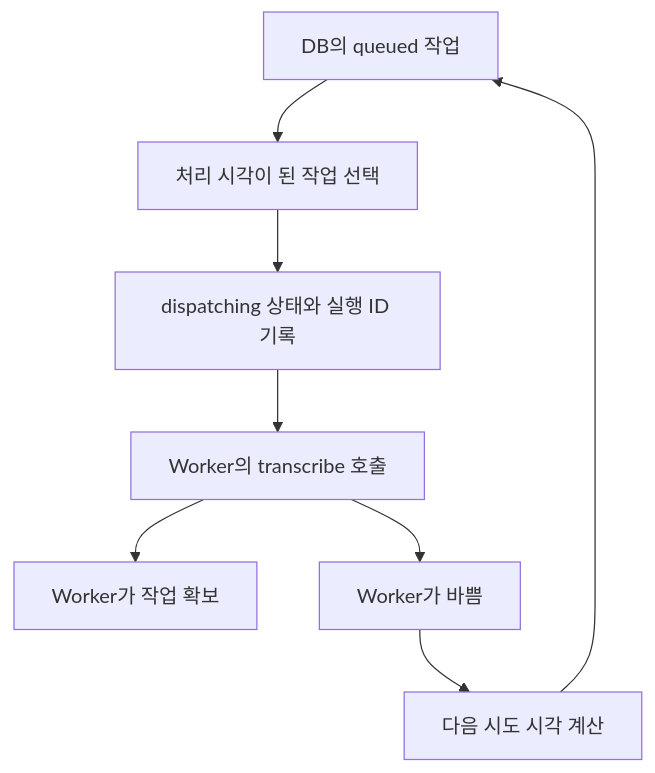
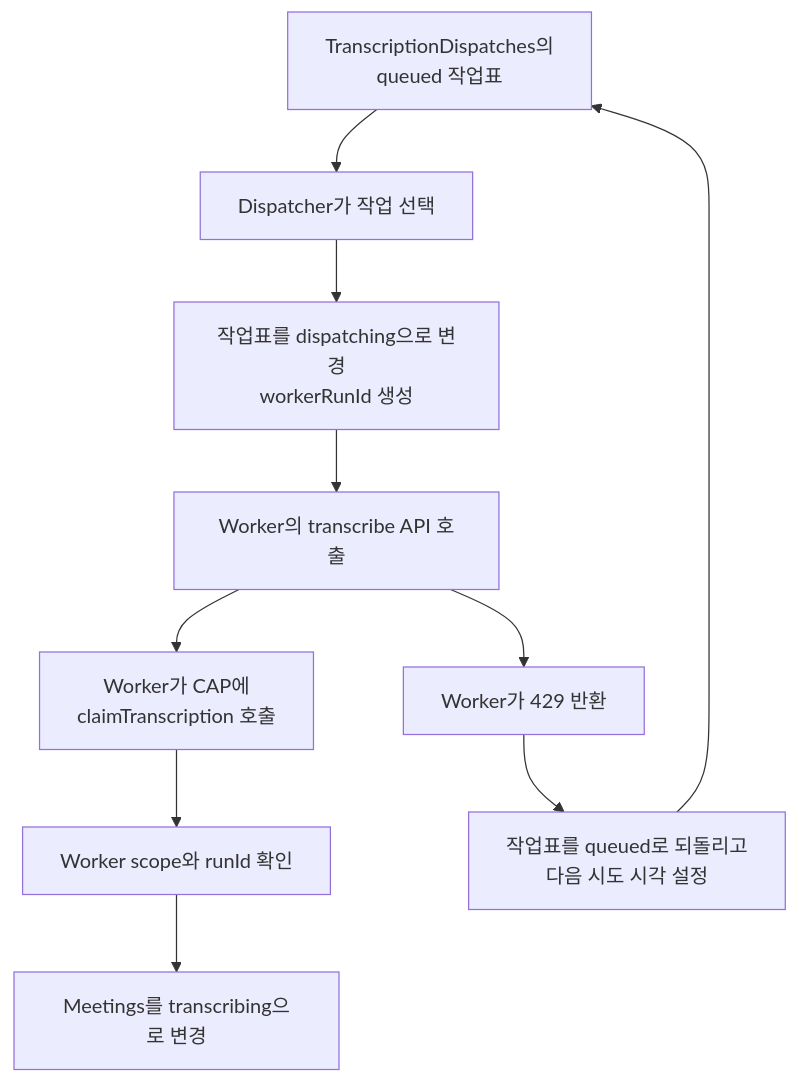
One commit to ericyum/Obsidian changed the diagram in 회의록 앱 (meeting-whisper)/팀 동료 요약 내용/세부 분석/3. 전사 과정 확장/3-3. CAP가 Worker에게 일을 넘기는 과정.md. Above: the diagram before and after it, drawn with Mermaid. The commit also changed other lines of this file and 5 other files, not shown here.

````diff
--- a/회의록 앱 (meeting-whisper)/팀 동료 요약 내용/세부 분석/3. 전사 과정 확장/3-3. CAP가 Worker에게 일을 넘기는 과정.md
+++ b/회의록 앱 (meeting-whisper)/팀 동료 요약 내용/세부 분석/3. 전사 과정 확장/3-3. CAP가 Worker에게 일을 넘기는 과정.md
@@ -9,14 +24,22 @@
 ```mermaid
 flowchart TB
-    ROW["DB의 queued 작업"]
-    PICK["처리 시각이 된 작업 선택"]
-    LOCK["dispatching 상태와 실행 ID 기록"]
-    POST["Worker의 transcribe 호출"]
-    ACCEPT["Worker가 작업 확보"]
-    BUSY["Worker가 바쁨"]
-    RETRY["다음 시도 시각 계산"]
+    ROW["TranscriptionDispatches의<br/>queued 작업표"]
+    PICK["Dispatcher가 작업 선택"]
+    RUN["작업표를 dispatching으로 변경<br/>workerRunId 생성"]
+    POST["Worker의 transcribe API 호출"]
+    CLAIM["Worker가 CAP에<br/>claimTranscription 호출"]
+    CHECK["Worker scope와 runId 확인"]
+    START["Meetings를 transcribing으로 변경"]
+    BUSY["Worker가 429 반환"]
+    RETRY["작업표를 queued로 되돌리고<br/>다음 시도 시각 설정"]
 
-    ROW --> PICK --> LOCK --> POST
-    POST --> ACCEPT
-    POST --> BUSY --> RETRY --> ROW
+    ROW --> PICK
+    PICK --> RUN
+    RUN --> POST
+    POST --> CLAIM
+    CLAIM --> CHECK
+    CHECK --> START
+    POST --> BUSY
+    BUSY --> RETRY
+    RETRY --> ROW
 ```
````
